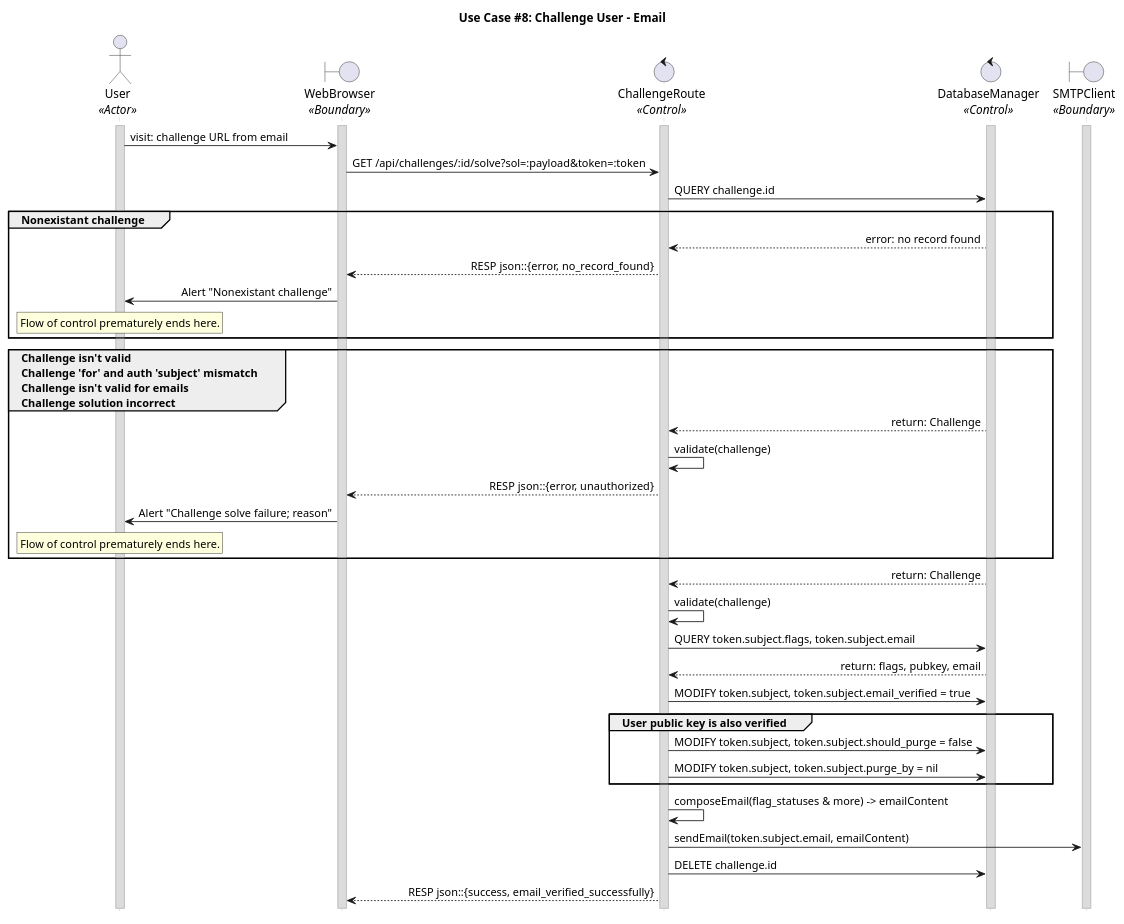
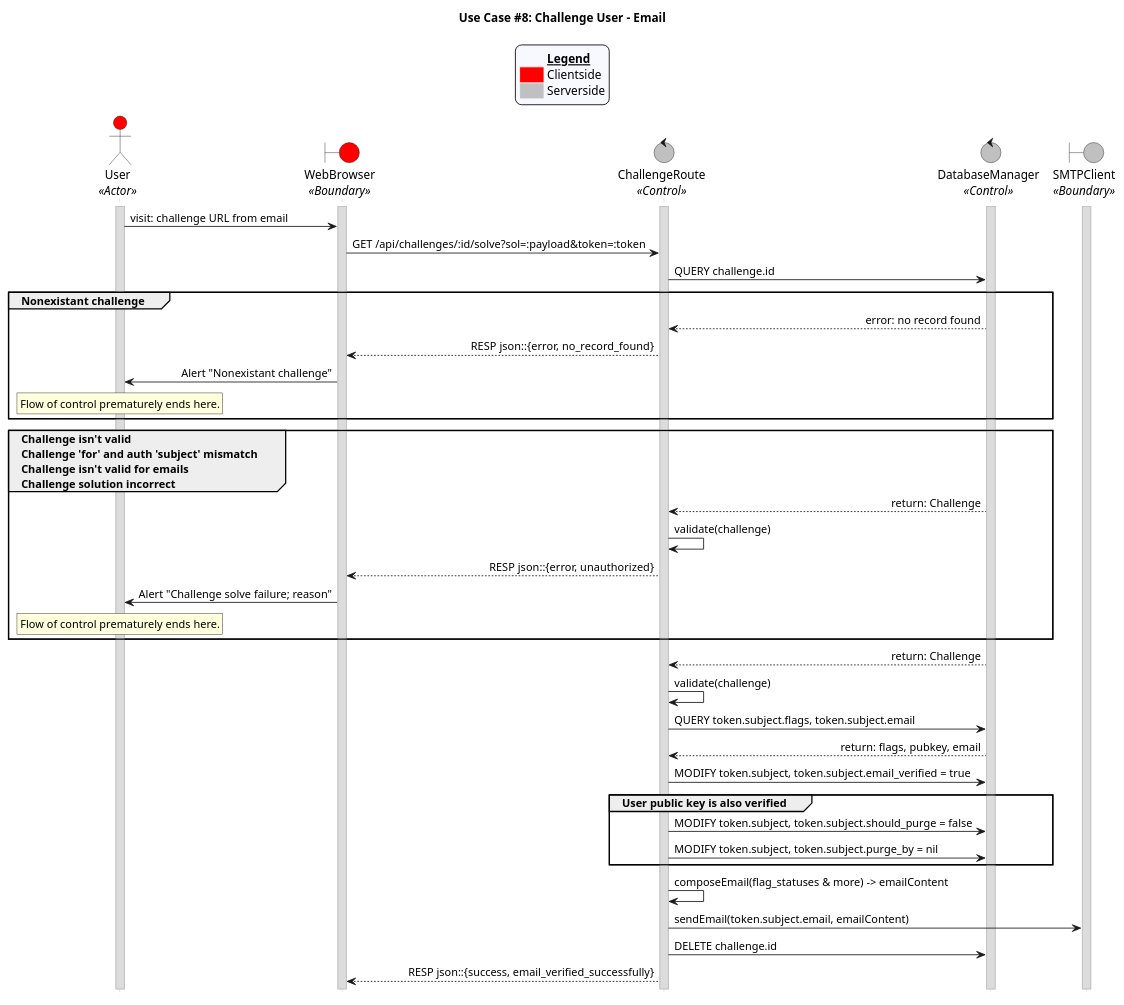
One commit to CECS-491-SP24-Group-1/seq-diagrams changed the diagram in uc_08_email.puml. Above: the diagram before and after it, drawn with PlantUML. The commit also changed 8 other files, not shown here.

Commit message:
Add legends to the diagrams

```diff
--- a/uc_08_email.puml
+++ b/uc_08_email.puml
@@ -1,82 +1,94 @@
 @startuml uc08_email
 title "Use Case #8: Challenge User - Email"
 
 'Styling goes here
 hide footbox
 skinparam stereotypePosition bottom
 skinparam sequenceMessageAlign direction
 skinparam sequence {
 	LifeLineBorderColor #Silver
 	LifeLineBackgroundColor #Gainsboro
 }
 
+'Add a legend plus styling
+skinparam legend {
+	backgroundColor #GhostWhite
+	entrySeparator #GhostWhite
+}
+
+legend top
+	<#GhostWhite,#GhostWhite>|	|= __Legend__ |
+	|<#red> | Clientside|
+	|<#silver> | Serverside|
+endlegend
+
 'Setup the objects involved here
-actor User as u <<Actor>>
-boundary WebBrowser as wb <<Boundary>>
-control ChallengeRoute as cr <<Control>>
-control DatabaseManager as db <<Control>>
-boundary SMTPClient as sc <<Boundary>>
+actor User as u <<Actor>> #red
+boundary WebBrowser as wb <<Boundary>> #red
+control ChallengeRoute as cr <<Control>> #silver
+control DatabaseManager as db <<Control>> #silver
+boundary SMTPClient as sc <<Boundary>> #silver
 
 'Setup persistent objects here
 activate u
 activate wb
 activate cr
 activate db
 activate sc
 
 '--- FLOW OF CONTROL STARTS HERE ---
 'User gets an email with their challenge code and visits the link in their browser.
 u -> wb: visit: challenge URL from email
 wb -> cr: GET /api/challenges/:id/solve?sol=:payload&token=:token
 
 'Server checks if the challenge is valid
 cr -> db: QUERY challenge.id
 
 'Case 1: The challenge doesn't exist
 group Nonexistant challenge
 	db --> cr: error: no record found
 	cr --> wb: RESP json::{error, no_record_found}
 	wb -> u: Alert "Nonexistant challenge"
 	rnote over u
 	Flow of control prematurely ends here.
 	endrnote
 end
 
 'Case 2: The challenge is invalid, not for this user, not email challenge, or the solution is incorrect.
 group Challenge isn't valid \nChallenge 'for' and auth 'subject' mismatch \nChallenge isn't valid for emails \nChallenge solution incorrect
 	db --> cr: return: Challenge
 	cr -> cr: validate(challenge)
 	cr --> wb: RESP json::{error, unauthorized}
 	wb -> u: Alert "Challenge solve failure; reason"
 	rnote over u
 	Flow of control prematurely ends here.
 	endrnote
 end
 
 'Default case: challenge exists and is valid
 db --> cr: return: Challenge
 cr -> cr: validate(challenge)
 
 'Query the database for the user flags.
 cr -> db: QUERY token.subject.flags, token.subject.email
 db --> cr: return: flags, pubkey, email
 
 'Mark the user's email as verified
 cr -> db: MODIFY token.subject, token.subject.email_verified = true
 
 'Also unmark the user's account for deletion if the public key is verified.
 group User public key is also verified
 	cr -> db: MODIFY token.subject, token.subject.should_purge = false
 	cr -> db: MODIFY token.subject, token.subject.purge_by = nil
 end
 
 'Email the user to inform of successful challenge completion and next steps.
 cr -> cr: composeEmail(flag_statuses & more) -> emailContent
 cr -> sc: sendEmail(token.subject.email, emailContent)
 
 'Cleanup and return the feedback to the user
 cr -> db: DELETE challenge.id
 cr --> wb: RESP json::{success, email_verified_successfully}
 '--- FLOW OF CONTROL ENDS HERE   ---
 
 @enduml
```
